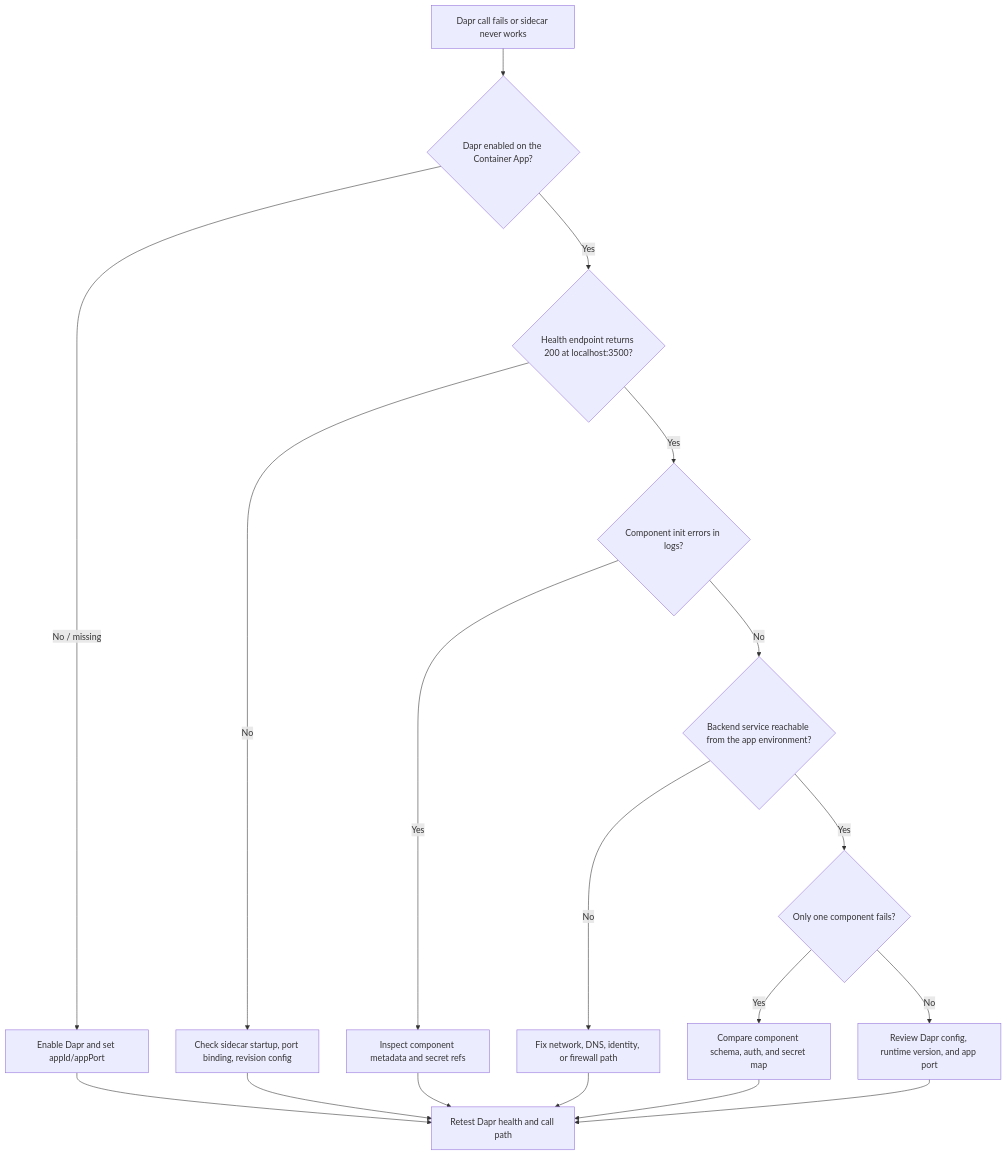
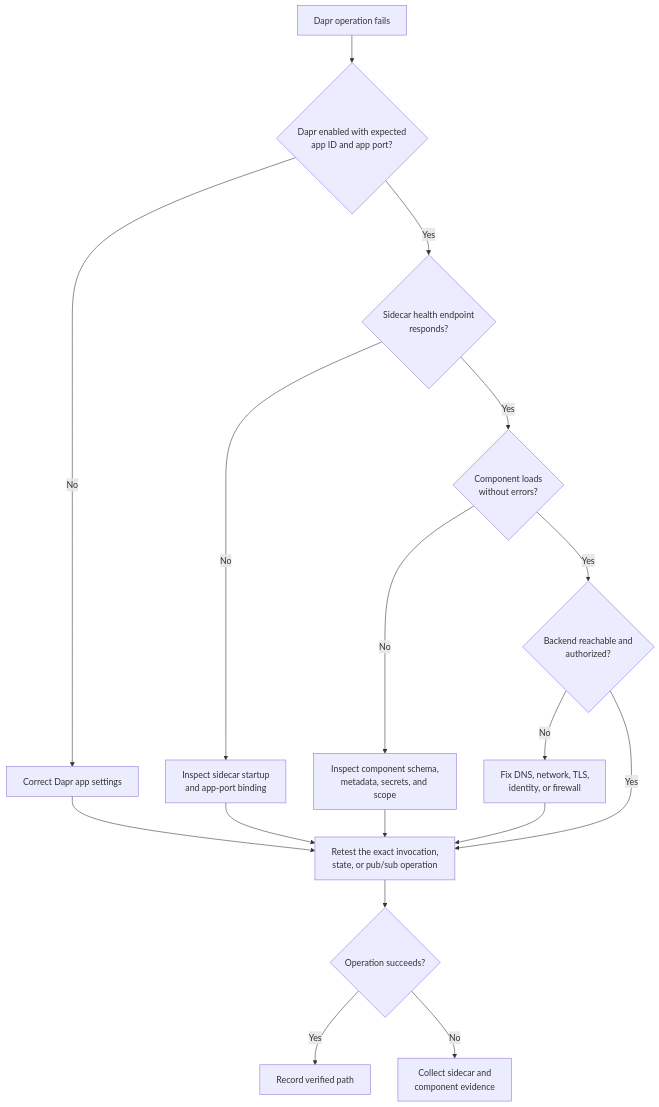
Before and after one commit to yeongseon/azure-container-apps-practical-guide: the diagram in docs/troubleshooting/playbooks/platform-features/dapr-sidecar-or-component-failure.md, drawn with Mermaid. The commit also changed other lines of this file and 28 other files, not shown here.

Commit message:
docs(diagrams): migrate playbook diagnostic flows (#627)

````diff
--- a/docs/troubleshooting/playbooks/platform-features/dapr-sidecar-or-component-failure.md
+++ b/docs/troubleshooting/playbooks/platform-features/dapr-sidecar-or-component-failure.md
@@ -42,20 +42,22 @@
 ```mermaid
-graph TD
-    A[Dapr call fails or sidecar never works] --> B{Dapr enabled on the Container App?}
-    B -->|No / missing| C[Enable Dapr and set appId/appPort]
-    B -->|Yes| D{Health endpoint returns 200 at localhost:3500?}
-    D -->|No| E[Check sidecar startup, port binding, revision config]
-    D -->|Yes| F{Component init errors in logs?}
-    F -->|Yes| G[Inspect component metadata and secret refs]
-    F -->|No| H{Backend service reachable from the app environment?}
-    H -->|No| I[Fix network, DNS, identity, or firewall path]
-    H -->|Yes| J{Only one component fails?}
-    J -->|Yes| K[Compare component schema, auth, and secret map]
-    J -->|No| L[Review Dapr config, runtime version, and app port]
-    C --> M[Retest Dapr health and call path]
-    E --> M
-    G --> M
-    I --> M
-    K --> M
-    L --> M
+flowchart TD
+    accTitle: Isolate Dapr sidecar, component, and backend failures
+    accDescr: Check app-level Dapr enablement and port, sidecar health, environment-level component initialization, app-ID scope, and backend access in that order before retesting the exact Dapr operation.
+
+    START[Dapr operation fails] --> ENABLED{Dapr enabled with expected<br/>app ID and app port?}
+    ENABLED -->|No| ENABLE[Correct Dapr app settings]
+    ENABLED -->|Yes| HEALTH{Sidecar health endpoint<br/>responds?}
+    HEALTH -->|No| SIDECAR[Inspect sidecar startup<br/>and app-port binding]
+    HEALTH -->|Yes| COMPONENT{Component loads<br/>without errors?}
+    COMPONENT -->|No| DEFINITION[Inspect component schema,<br/>metadata, secrets, and scope]
+    COMPONENT -->|Yes| BACKEND{Backend reachable and<br/>authorized?}
+    BACKEND -->|No| ACCESS[Fix DNS, network, TLS,<br/>identity, or firewall]
+    BACKEND -->|Yes| OPERATION[Retest the exact invocation,<br/>state, or pub/sub operation]
+    ENABLE --> OPERATION
+    SIDECAR --> OPERATION
+    DEFINITION --> OPERATION
+    ACCESS --> OPERATION
+    OPERATION --> PASS{Operation succeeds?}
+    PASS -->|Yes| DONE[Record verified path]
+    PASS -->|No| EVIDENCE[Collect sidecar and<br/>component evidence]
 ```
````
